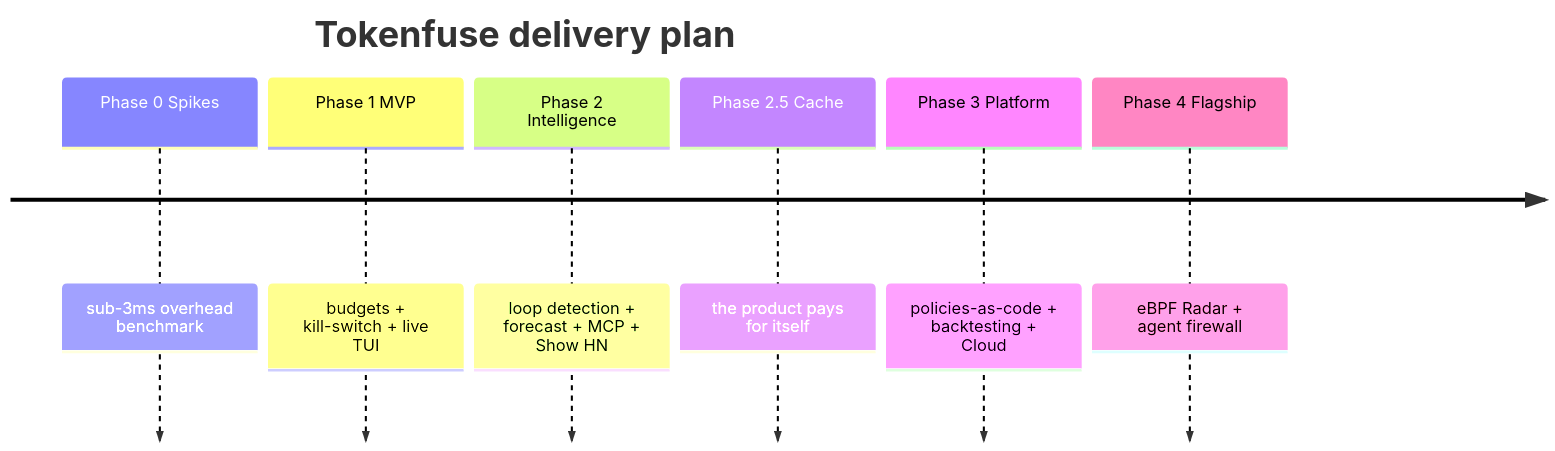
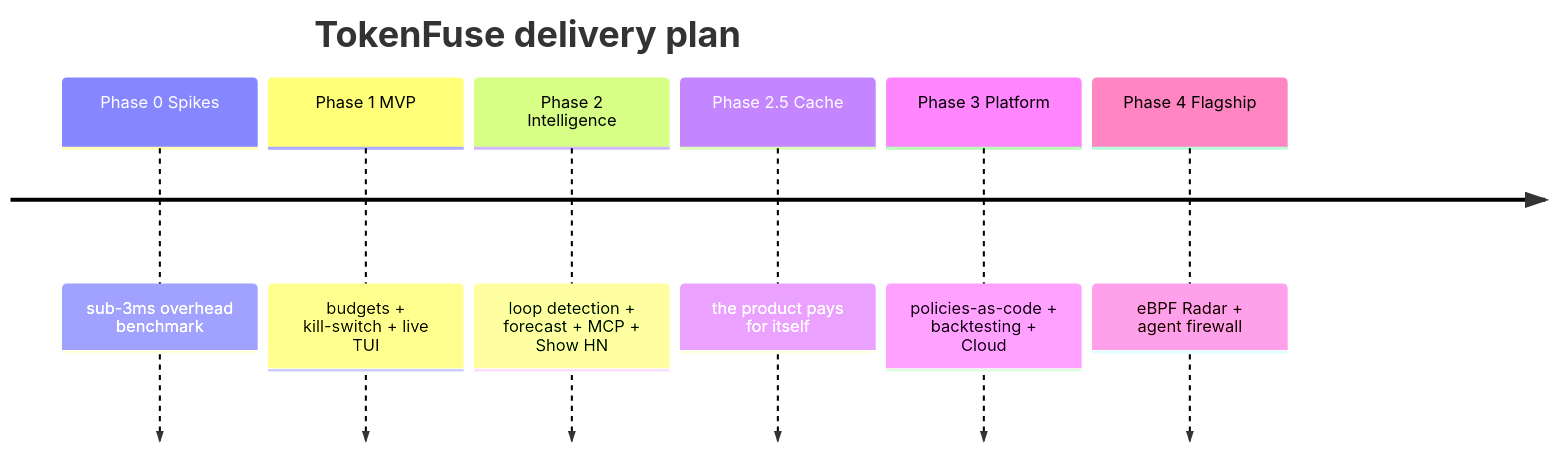
Before and after one commit to TAIPANBOX/tokenfuse: the fourth of 5 diagrams in README.md, drawn with Mermaid. The commit also changed other lines of this file and 20 other files, not shown here.

First line of the commit message:
chore: brand as "TokenFuse" in prose (keep tokenfuse for identifiers)

````diff
--- a/README.md
+++ b/README.md
@@ -182,10 +182,10 @@
 ```mermaid
 timeline
-    title Tokenfuse delivery plan
+    title TokenFuse delivery plan
     Phase 0 Spikes : sub-3ms overhead benchmark
     Phase 1 MVP : budgets + kill-switch + live TUI
     Phase 2 Intelligence : loop detection + forecast + MCP + Show HN
     Phase 2.5 Cache : the product pays for itself
     Phase 3 Platform : policies-as-code + backtesting + Cloud
     Phase 4 Flagship : eBPF Radar + agent firewall
 ```
````
